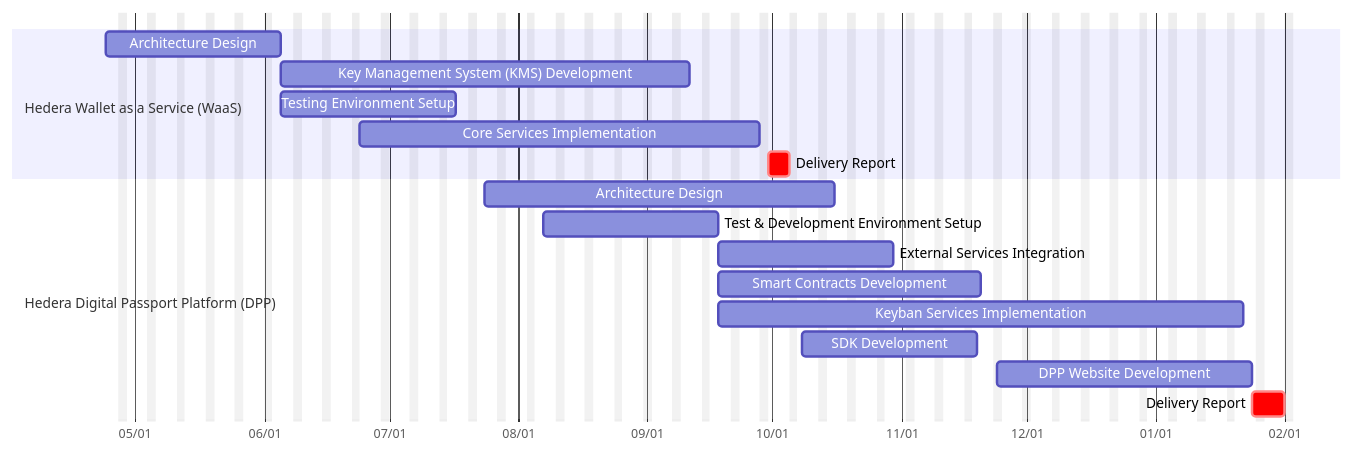
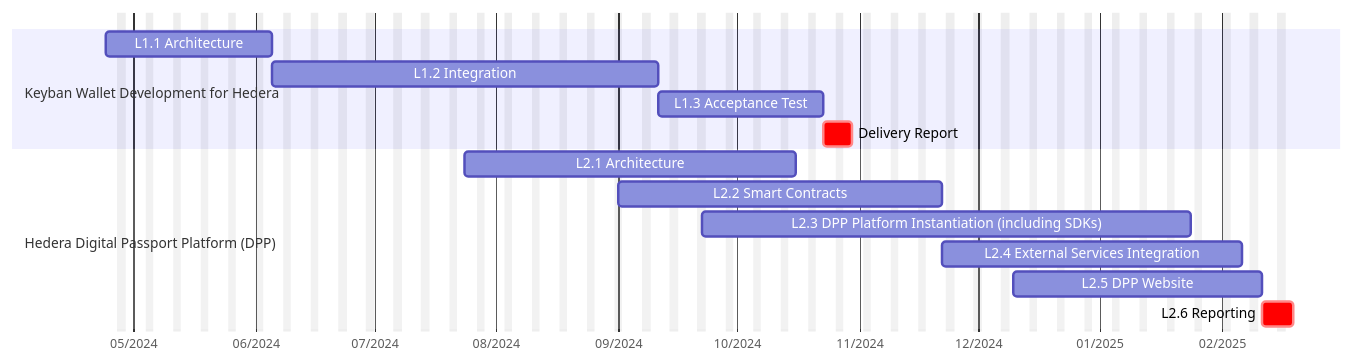
Before and after one commit to keyban-io/sdk-js: the third of 3 diagrams in project/weavenn/planning.md, drawn with Mermaid. The commit also changed other lines of this file and 3 other files, not shown here.

````diff
--- a/project/weavenn/planning.md
+++ b/project/weavenn/planning.md
@@ -87,23 +54,20 @@
 ```mermaid
 gantt
     dateFormat  YYYY-MM-DD
-    axisFormat %m/%d
+    axisFormat %m/%Y
     excludes weekdays saturday,sunday
-    
-    section Hedera Wallet as a Service (WaaS)
-    Architecture Design: a1, 2024-04-24, 30d
-    Key Management System (KMS) Development: s2, after a1, 70d
-    Testing Environment Setup: after a1, 30d
-    Core Services Implementation: si, 2024-06-24, 70d
+
+    section Keyban Wallet Development for Hedera
+    L1.1 Architecture: a1, 2024-04-24, 30d
+    L1.2 Integration: s2, after a1, 70d
+    L1.3 Acceptance Test: si, after s2, 30d
     Delivery Report: crit, after si, 5d
-    
+
     section Hedera Digital Passport Platform (DPP)
-    Architecture Design: s1, 2024-07-24, 60d
-    Test & Development Environment Setup: devenv, 2024-08-07, 30d
-    External Services Integration: s4, after devenv, 30d
-    Smart Contracts Development: s3, after devenv, 45d
-    Keyban Services Implementation: s2, after devenv, 90d
-    SDK Development: sdks, 2024-10-08, 30d
-    DPP Website Development: web, 2024-11-24, 45d
-    Delivery Report: crit, after web, 6d
+    L2.1 Architecture: s1, 2024-07-24, 60d
+    L2.2 Smart Contracts: s3, 2024-09-01, 60d
+    L2.3 DPP Platform Instantiation (including SDKs): s5, 2024-09-22, 90d
+    L2.4 External Services Integration: s4, 2024-11-22, 54d
+    L2.5 DPP Website: web, 2024-12-10, 45d
+    L2.6 Reporting: crit, after web, 6d
 ```
````
